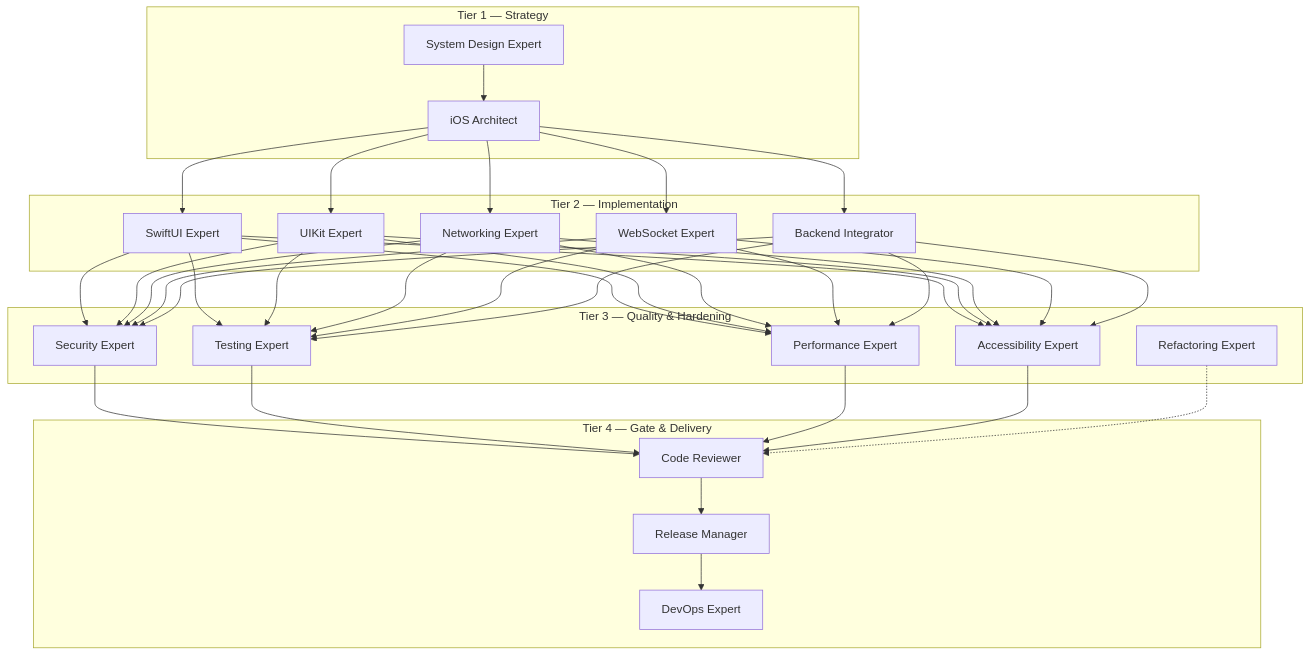
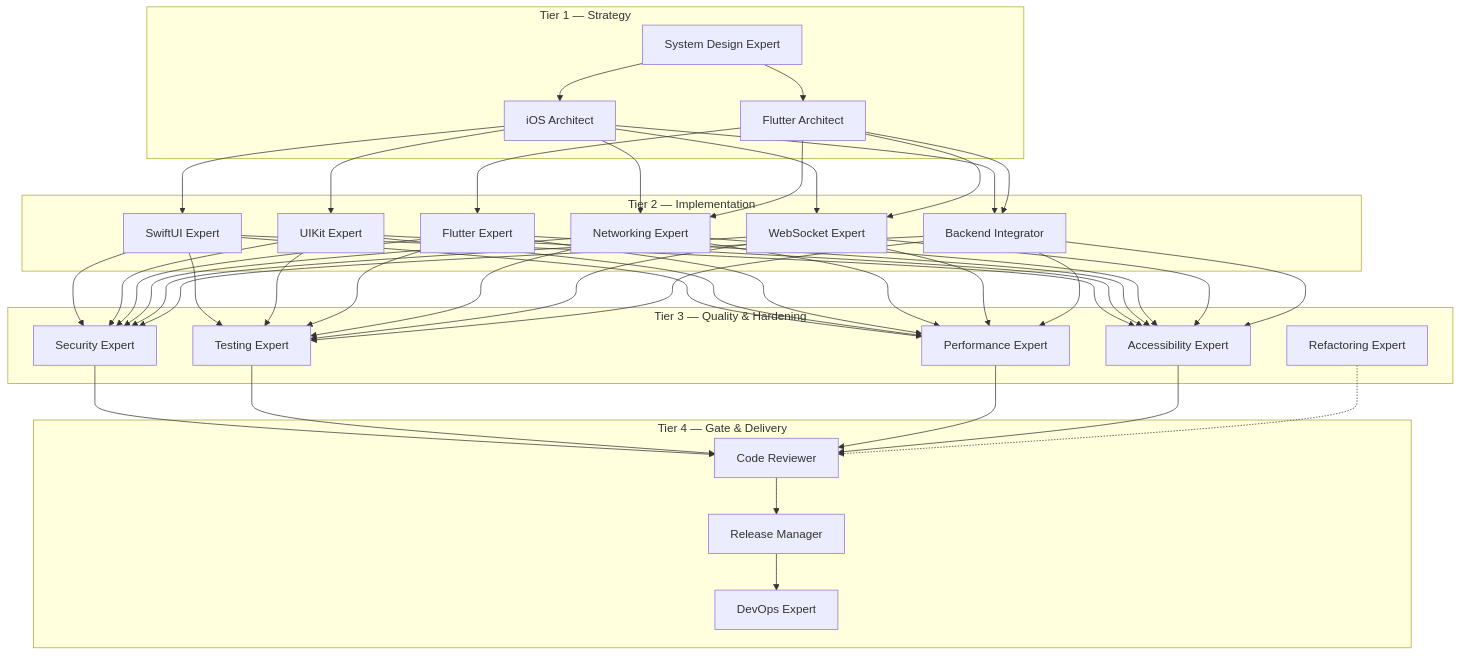
Before and after one commit to sokpichdev/mobile-engineering-agents: the first of 3 diagrams in AGENTS.md, drawn with Mermaid. The commit also changed other lines of this file and 5 other files, not shown here.

````diff
--- a/AGENTS.md
+++ b/AGENTS.md
@@ -80,34 +98,37 @@
 ```mermaid
 graph TD
     subgraph Tier1[Tier 1 — Strategy]
         SD[System Design Expert]
         ARCH[iOS Architect]
+        FARCH[Flutter Architect]
     end
     subgraph Tier2[Tier 2 — Implementation]
         UI[SwiftUI Expert]
         UIK[UIKit Expert]
+        FL[Flutter Expert]
         NET[Networking Expert]
         WS[WebSocket Expert]
         BE[Backend Integrator]
     end
     subgraph Tier3[Tier 3 — Quality & Hardening]
         SEC[Security Expert]
         TEST[Testing Expert]
         PERF[Performance Expert]
         A11Y[Accessibility Expert]
         REF[Refactoring Expert]
     end
     subgraph Tier4[Tier 4 — Gate & Delivery]
         REV[Code Reviewer]
         REL[Release Manager]
         OPS[DevOps Expert]
     end
 
-    SD --> ARCH
+    SD --> ARCH & FARCH
     ARCH --> UI & UIK & NET & WS & BE
-    UI & UIK & NET & WS & BE --> SEC & TEST & PERF & A11Y
+    FARCH --> FL & NET & WS & BE
+    UI & UIK & FL & NET & WS & BE --> SEC & TEST & PERF & A11Y
     SEC & TEST & PERF & A11Y --> REV
     REF -.-> REV
     REV --> REL
     REL --> OPS
 ```
````
